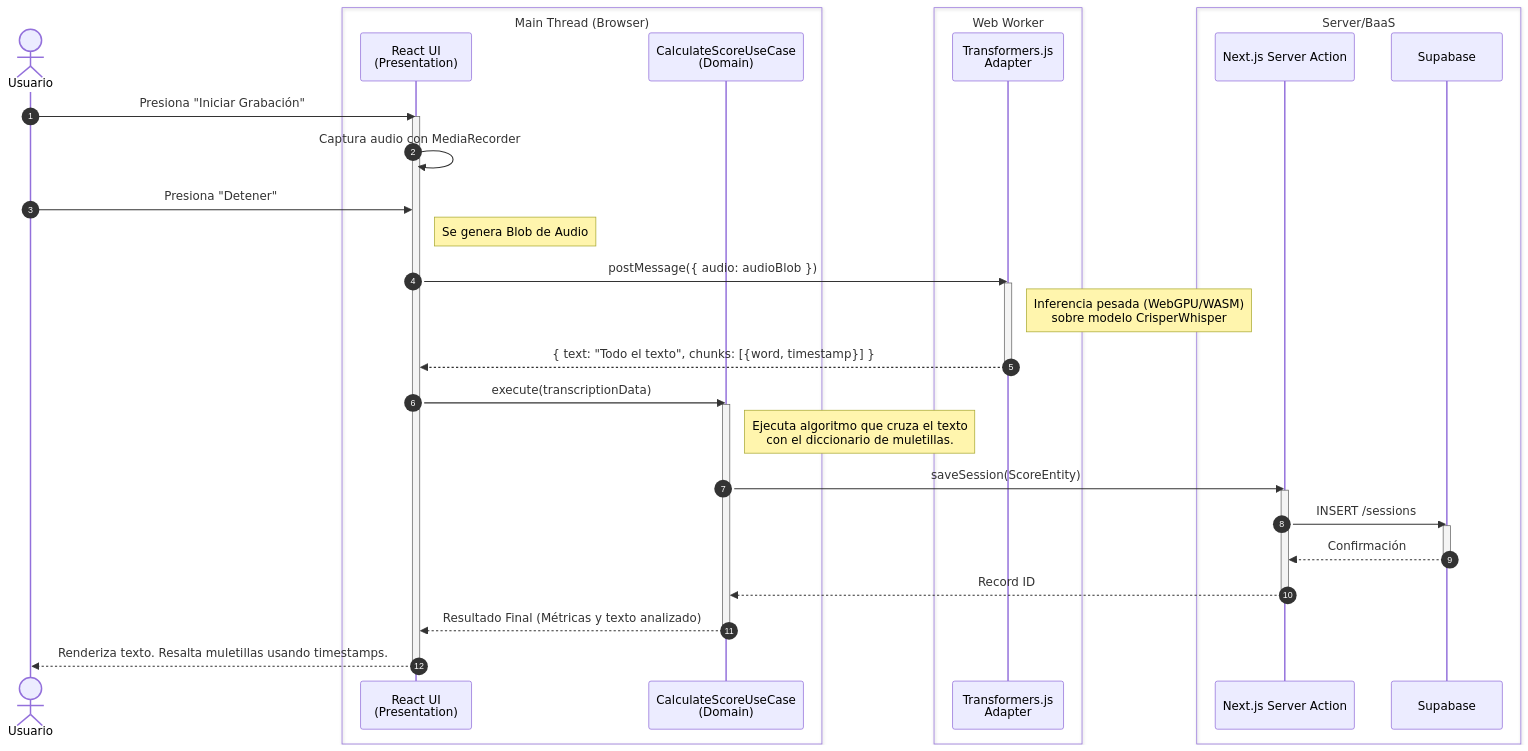
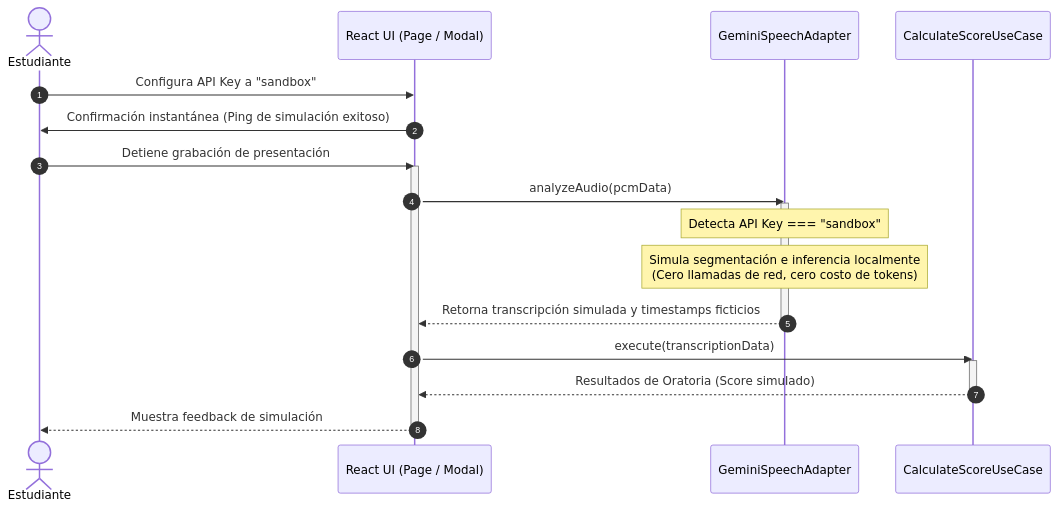
Before and after one commit to VGMil-dev/cicero: the third of 3 diagrams in apps/docs/docs/arquitectura/secuencia.md, drawn with Mermaid. The commit also changed other lines of this file and 4 other files, not shown here.

Commit message:
docs(arquitectura): update docusaurus architecture decisions and sequence diagrams

````diff
--- a/apps/docs/docs/arquitectura/secuencia.md
+++ b/apps/docs/docs/arquitectura/secuencia.md
@@ -13,56 +133,31 @@
 ```mermaid
 sequenceDiagram
     autonumber
     
-    actor User as Usuario
+    actor User as Estudiante
+    participant UI as React UI (Page / Modal)
+    participant Adapter as GeminiSpeechAdapter
+    participant UC as CalculateScoreUseCase
+
+    User->>UI: Configura API Key a "sandbox"
+    UI->>User: Confirmación instantánea (Ping de simulación exitoso)
     
-    box Main Thread (Browser)
-        participant UI as React UI<br/>(Presentation)
-        participant UC as CalculateScoreUseCase<br/>(Domain)
-    end
+    User->>UI: Detiene grabación de presentación
+    activate UI
+    UI->>Adapter: analyzeAudio(pcmData)
+    activate Adapter
     
-    box Web Worker
-        participant Worker as Transformers.js<br/>Adapter
-    end
+    Note over Adapter: Detecta API Key === "sandbox"
+    Note over Adapter: Simula segmentación e inferencia localmente<br/>(Cero llamadas de red, cero costo de tokens)
     
-    box Server/BaaS
-        participant Action as Next.js Server Action
-        participant DB as Supabase
-    end
-
-    User->>UI: Presiona "Iniciar Grabación"
-    activate UI
-    UI->>UI: Captura audio con MediaRecorder
-    
-    User->>UI: Presiona "Detener"
-    Note right of UI: Se genera Blob de Audio
-    
-    UI->>Worker: postMessage({ audio: audioBlob })
-    activate Worker
-    Note right of Worker: Inferencia pesada (WebGPU/WASM)<br/>sobre modelo CrisperWhisper
-    
-    Worker-->>UI: { text: "Todo el texto", chunks: [{word, timestamp}] }
-    deactivate Worker
+    Adapter-->>UI: Retorna transcripción simulada y timestamps ficticios
+    deactivate Adapter
     
     UI->>UC: execute(transcriptionData)
     activate UC
-    
-    Note right of UC: Ejecuta algoritmo que cruza el texto<br/>con el diccionario de muletillas.
-    
-    UC->>Action: saveSession(ScoreEntity)
-    activate Action
-    
-    Action->>DB: INSERT /sessions
-    activate DB
-    DB-->>Action: Confirmación
-    deactivate DB
-    
-    Action-->>UC: Record ID
-    deactivate Action
-    
-    UC-->>UI: Resultado Final (Métricas y texto analizado)
+    UC-->>UI: Resultados de Oratoria (Score simulado)
     deactivate UC
     
-    UI-->>User: Renderiza texto. Resalta muletillas usando timestamps.
+    UI-->>User: Muestra feedback de simulación
     deactivate UI
 ```
````
